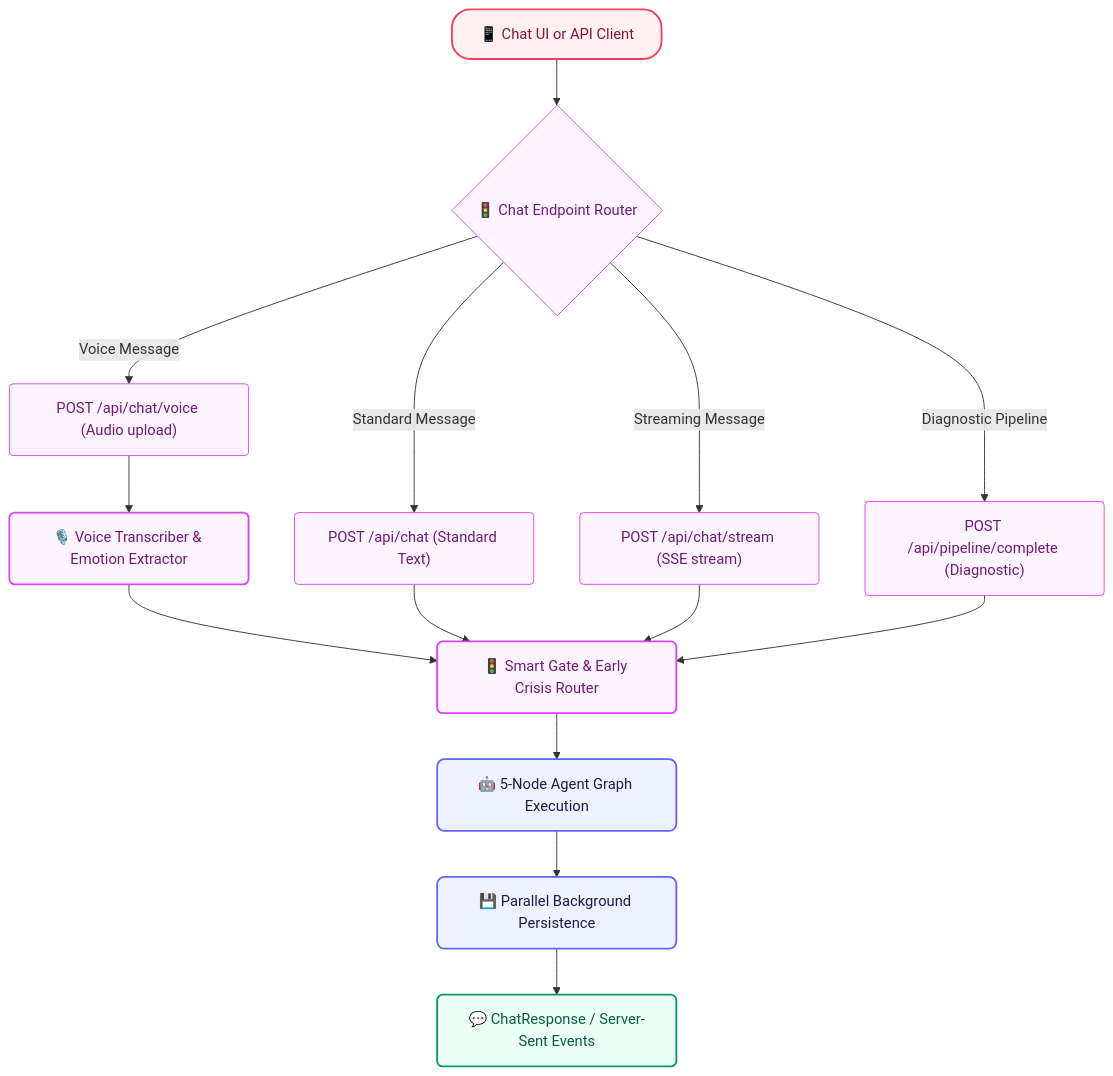
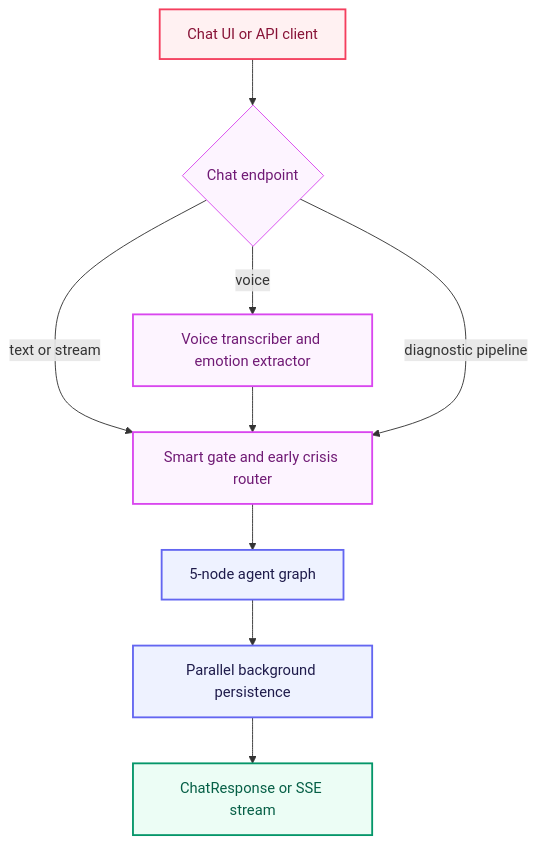
Before and after one commit to taha-mehmood-03/Personlaized-Trainer-Using-Agentic-AI: diagram 16 of 20 in README.md, drawn with Mermaid. The commit also changed other lines of this file, not shown here.

````diff
--- a/README.md
+++ b/README.md
@@ -1339,37 +1075,22 @@
 ```mermaid
 flowchart TD
-    %% Class Definitions
-    classDef client fill:#FFF1F2,stroke:#F43F5E,stroke-width:2px,color:#881337,rx:20px,ry:20px;
-    classDef route fill:#FDF4FF,stroke:#D946EF,stroke-width:1px,color:#701A75,rx:4px,ry:4px;
-    classDef node fill:#FDF4FF,stroke:#D946EF,stroke-width:2px,color:#701A75,rx:6px,ry:6px;
-    classDef main fill:#EEF2FF,stroke:#6366F1,stroke-width:2px,color:#1E1B4B,rx:8px,ry:8px;
-    classDef output fill:#ECFDF5,stroke:#059669,stroke-width:2px,color:#065F46,rx:6px,ry:6px;
+    classDef client fill:#FFF1F2,stroke:#F43F5E,stroke-width:2px,color:#881337;
+    classDef route fill:#FDF4FF,stroke:#D946EF,stroke-width:1px,color:#701A75;
+    classDef node fill:#FDF4FF,stroke:#D946EF,stroke-width:2px,color:#701A75;
+    classDef main fill:#EEF2FF,stroke:#6366F1,stroke-width:2px,color:#1E1B4B;
+    classDef output fill:#ECFDF5,stroke:#059669,stroke-width:2px,color:#065F46;
 
-    ChatClient["📱 Chat UI or API Client"]:::client
-    ChatEntry{"🚦 Chat Endpoint Router"}:::route
-    Standard["POST /api/chat (Standard Text)"]:::route
-    Stream["POST /api/chat/stream (SSE stream)"]:::route
-    Voice["POST /api/chat/voice (Audio upload)"]:::route
-    Pipeline["POST /api/pipeline/complete (Diagnostic)"]:::route
-    
-    Audio["🎙️ Voice Transcriber & Emotion Extractor"]:::node
-    SmartGate["🚦 Smart Gate & Early Crisis Router"]:::node
-    Graph["🤖 5-Node Agent Graph Execution"]:::main
-    Persist["💾 Parallel Background Persistence"]:::main
-    Response["💬 ChatResponse / Server-Sent Events"]:::output
+    ChatClient["Chat UI or API client"]:::client
+    Entry{"Chat endpoint"}:::route
+    Audio["Voice transcriber and emotion extractor"]:::node
+    SmartGate["Smart gate and early crisis router"]:::node
+    Graph["5-node agent graph"]:::main
+    Persist["Parallel background persistence"]:::main
+    Response["ChatResponse or SSE stream"]:::output
 
-    ChatClient --> ChatEntry
-    ChatEntry -- Standard Message --> Standard
-    ChatEntry -- Streaming Message --> Stream
-    ChatEntry -- Voice Message --> Voice
-    ChatEntry -- Diagnostic Pipeline --> Pipeline
-    
-    Voice --> Audio
-    Audio --> SmartGate
-    Standard --> SmartGate
-    Stream --> SmartGate
-    Pipeline --> SmartGate
-    SmartGate --> Graph
-    Graph --> Persist
-    Persist --> Response
+    ChatClient --> Entry
+    Entry -- text or stream --> SmartGate
+    Entry -- voice --> Audio --> SmartGate
+    Entry -- diagnostic pipeline --> SmartGate
+    SmartGate --> Graph --> Persist --> Response
 ```
````
